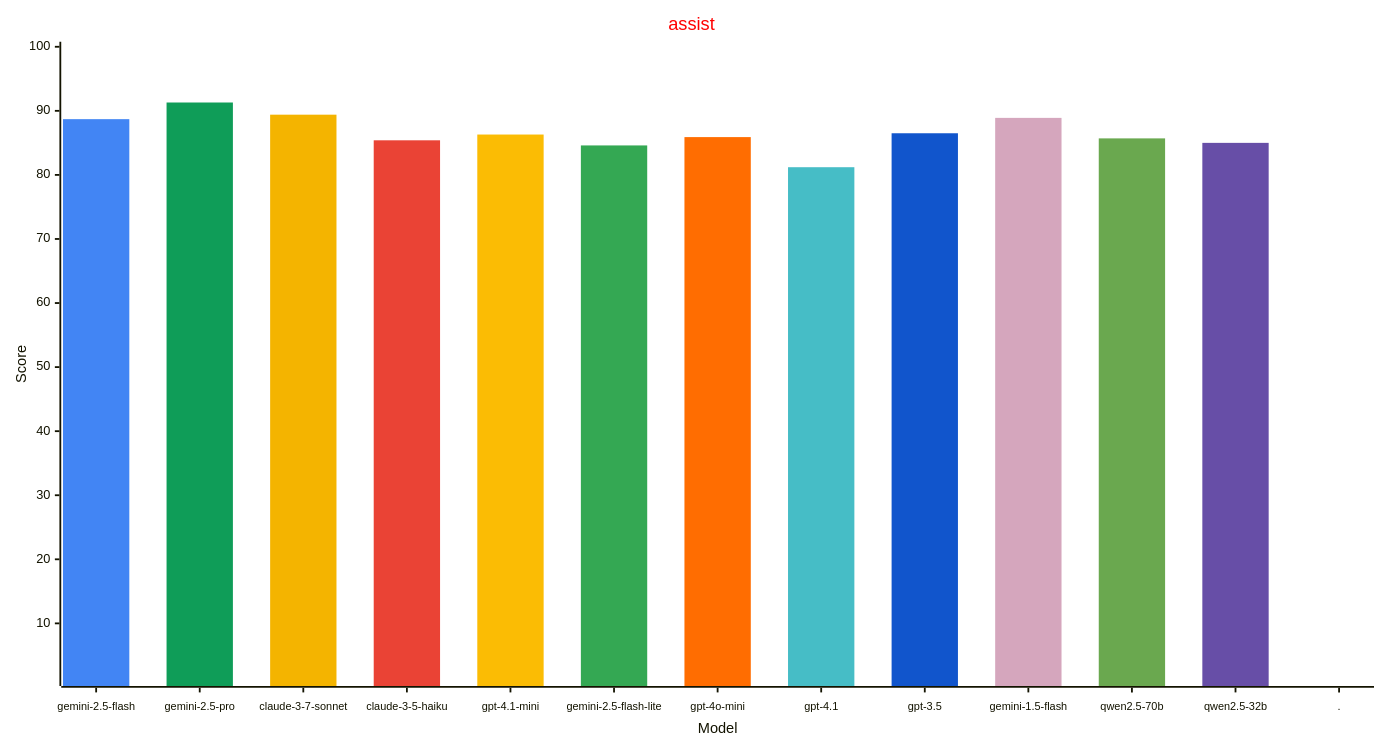
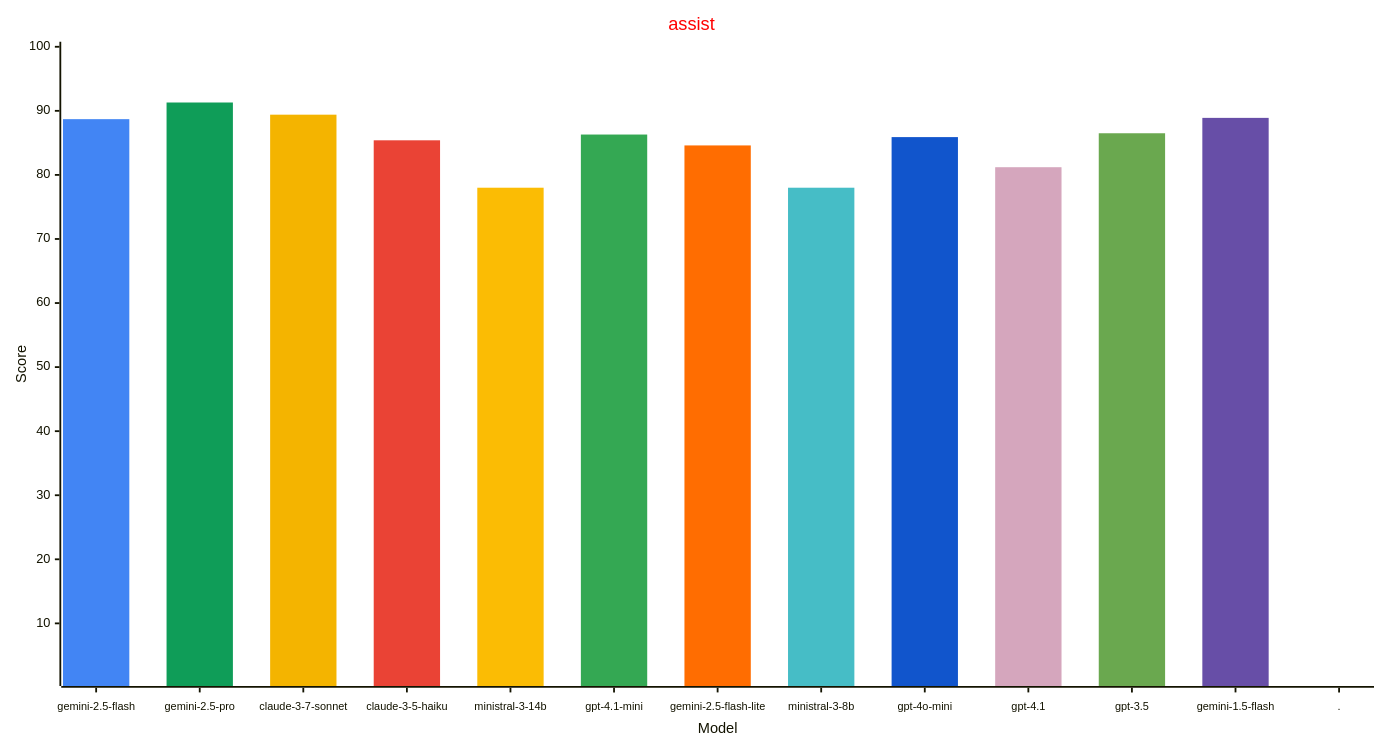
The first of 4 diagrams in reports/README.md (allenporter/home-assistant-datasets), drawn with Mermaid before and after one commit. The commit also changed other lines of this file and 4246 other files, not shown here.

Commit message:
Add test results for Ministral family and Qwen3-4b-Instruct

````diff
--- a/reports/README.md
+++ b/reports/README.md
@@ -53,33 +64,34 @@
 ```mermaid
 ---
 config:
     xyChart:
         width: 1500
         height: 800
         xAxis:
           labelFontSize: 12
           labelPadding: 8
     themeVariables:
         xyChart:
             titleColor: "#ff0000"
             plotColorPalette: "#4285f4, #0f9d58, #f4b400, #ea4335, #fbbc04, #34a853, #ff6d01, #46bdc6, #1155cc, #d5a6bd, #6aa84f, #674ea7, #4285f4"
 
+
 ---
 xychart-beta
   title "assist"
-  x-axis "Model" [gemini-2.5-flash, gemini-2.5-pro, claude-3-7-sonnet, claude-3-5-haiku, gpt-4.1-mini, gemini-2.5-flash-lite, gpt-4o-mini, gpt-4.1, gpt-3.5, gemini-1.5-flash, qwen2.5-70b, qwen2.5-32b, .]
+  x-axis "Model" [gemini-2.5-flash, gemini-2.5-pro, claude-3-7-sonnet, claude-3-5-haiku, ministral-3-14b, gpt-4.1-mini, gemini-2.5-flash-lite, ministral-3-8b, gpt-4o-mini, gpt-4.1, gpt-3.5, gemini-1.5-flash, .]
   y-axis "Score" 1 --> 100
   bar [88.7, 0.0, 0.0, 0.0, 0.0, 0.0, 0.0, 0.0, 0.0, 0.0, 0.0, 0.0, 0.0]
   bar [0.0, 91.3, 0.0, 0.0, 0.0, 0.0, 0.0, 0.0, 0.0, 0.0, 0.0, 0.0, 0.0]
   bar [0.0, 0.0, 89.4, 0.0, 0.0, 0.0, 0.0, 0.0, 0.0, 0.0, 0.0, 0.0, 0.0]
   bar [0.0, 0.0, 0.0, 85.4, 0.0, 0.0, 0.0, 0.0, 0.0, 0.0, 0.0, 0.0, 0.0]
-  bar [0.0, 0.0, 0.0, 0.0, 86.3, 0.0, 0.0, 0.0, 0.0, 0.0, 0.0, 0.0, 0.0]
-  bar [0.0, 0.0, 0.0, 0.0, 0.0, 84.6, 0.0, 0.0, 0.0, 0.0, 0.0, 0.0, 0.0]
-  bar [0.0, 0.0, 0.0, 0.0, 0.0, 0.0, 85.9, 0.0, 0.0, 0.0, 0.0, 0.0, 0.0]
-  bar [0.0, 0.0, 0.0, 0.0, 0.0, 0.0, 0.0, 81.2, 0.0, 0.0, 0.0, 0.0, 0.0]
-  bar [0.0, 0.0, 0.0, 0.0, 0.0, 0.0, 0.0, 0.0, 86.5, 0.0, 0.0, 0.0, 0.0]
-  bar [0.0, 0.0, 0.0, 0.0, 0.0, 0.0, 0.0, 0.0, 0.0, 88.9, 0.0, 0.0, 0.0]
-  bar [0.0, 0.0, 0.0, 0.0, 0.0, 0.0, 0.0, 0.0, 0.0, 0.0, 85.7, 0.0, 0.0]
-  bar [0.0, 0.0, 0.0, 0.0, 0.0, 0.0, 0.0, 0.0, 0.0, 0.0, 0.0, 85.0, 0.0]
+  bar [0.0, 0.0, 0.0, 0.0, 78.0, 0.0, 0.0, 0.0, 0.0, 0.0, 0.0, 0.0, 0.0]
+  bar [0.0, 0.0, 0.0, 0.0, 0.0, 86.3, 0.0, 0.0, 0.0, 0.0, 0.0, 0.0, 0.0]
+  bar [0.0, 0.0, 0.0, 0.0, 0.0, 0.0, 84.6, 0.0, 0.0, 0.0, 0.0, 0.0, 0.0]
+  bar [0.0, 0.0, 0.0, 0.0, 0.0, 0.0, 0.0, 78.0, 0.0, 0.0, 0.0, 0.0, 0.0]
+  bar [0.0, 0.0, 0.0, 0.0, 0.0, 0.0, 0.0, 0.0, 85.9, 0.0, 0.0, 0.0, 0.0]
+  bar [0.0, 0.0, 0.0, 0.0, 0.0, 0.0, 0.0, 0.0, 0.0, 81.2, 0.0, 0.0, 0.0]
+  bar [0.0, 0.0, 0.0, 0.0, 0.0, 0.0, 0.0, 0.0, 0.0, 0.0, 86.5, 0.0, 0.0]
+  bar [0.0, 0.0, 0.0, 0.0, 0.0, 0.0, 0.0, 0.0, 0.0, 0.0, 0.0, 88.9, 0.0]
   bar [0.0, 0.0, 0.0, 0.0, 0.0, 0.0, 0.0, 0.0, 0.0, 0.0, 0.0, 0.0, -1.0]
 ```
````
